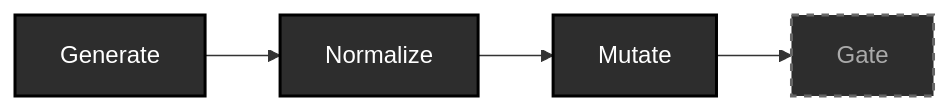
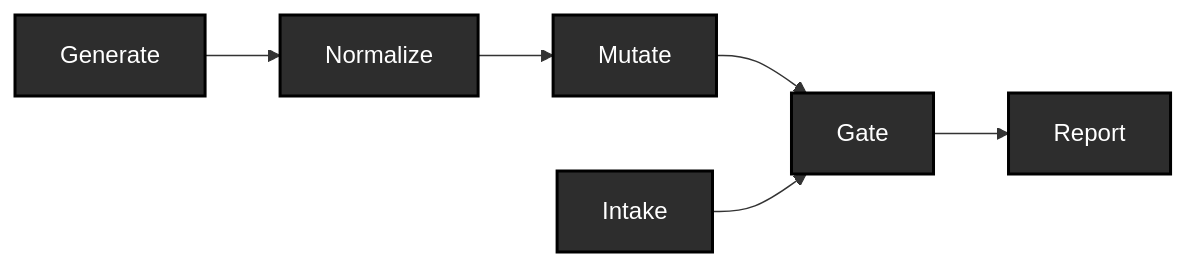
Before and after one commit to pragsmike/ehr-testing-tools: the diagram in README.md, drawn with Mermaid. The commit also changed other lines of this file and 9 other files, not shown here.

````diff
--- a/README.md
+++ b/README.md
@@ -42,8 +47,11 @@
 ```mermaid
 flowchart LR
-    Generate --> Normalize --> Mutate --> Gate
+    Generate --> Normalize --> Mutate --> Gate --> Report
+    Intake --> Gate
     style Generate fill:#2d2d2d,stroke:#000,color:#fff,stroke-width:2px
     style Normalize fill:#2d2d2d,stroke:#000,color:#fff,stroke-width:2px
     style Mutate fill:#2d2d2d,stroke:#000,color:#fff,stroke-width:2px
-    style Gate fill:#2d2d2d,stroke:#666,color:#aaa,stroke-width:2px,stroke-dasharray:5 5
+    style Intake fill:#2d2d2d,stroke:#000,color:#fff,stroke-width:2px
+    style Gate fill:#2d2d2d,stroke:#000,color:#fff,stroke-width:2px
+    style Report fill:#2d2d2d,stroke:#000,color:#fff,stroke-width:2px
 ```
````
